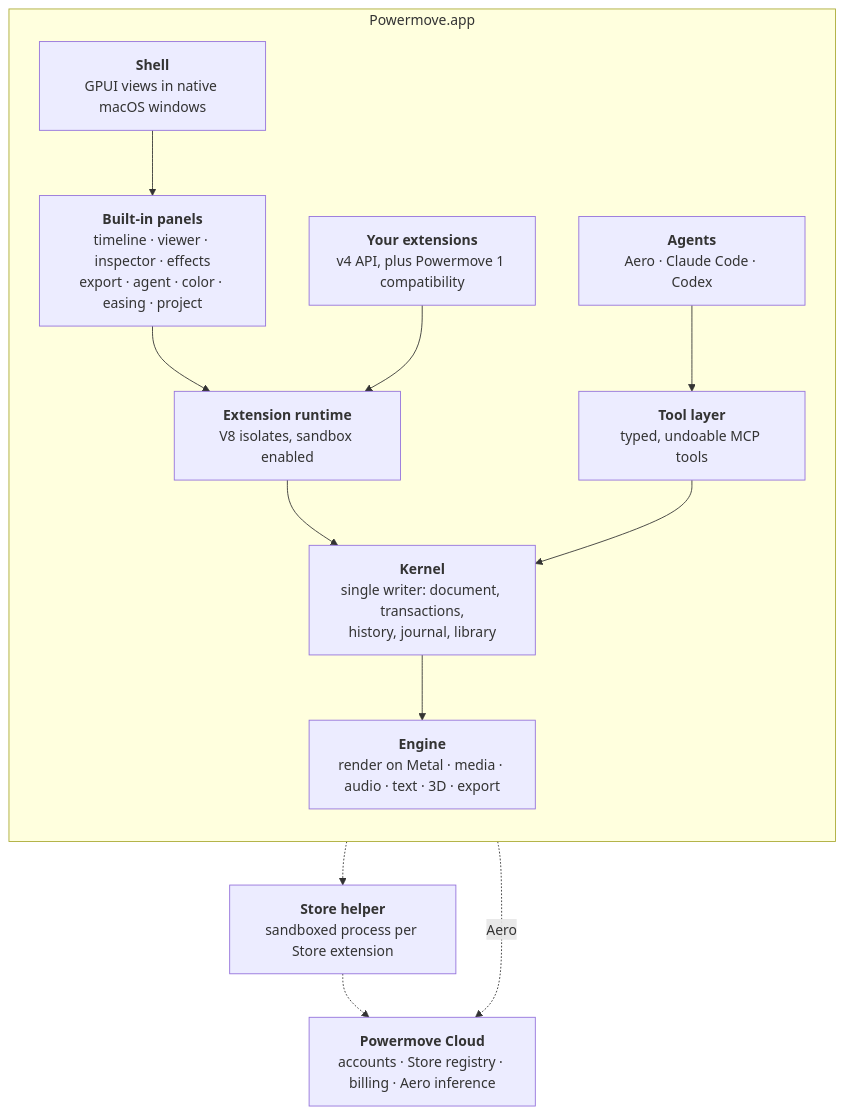
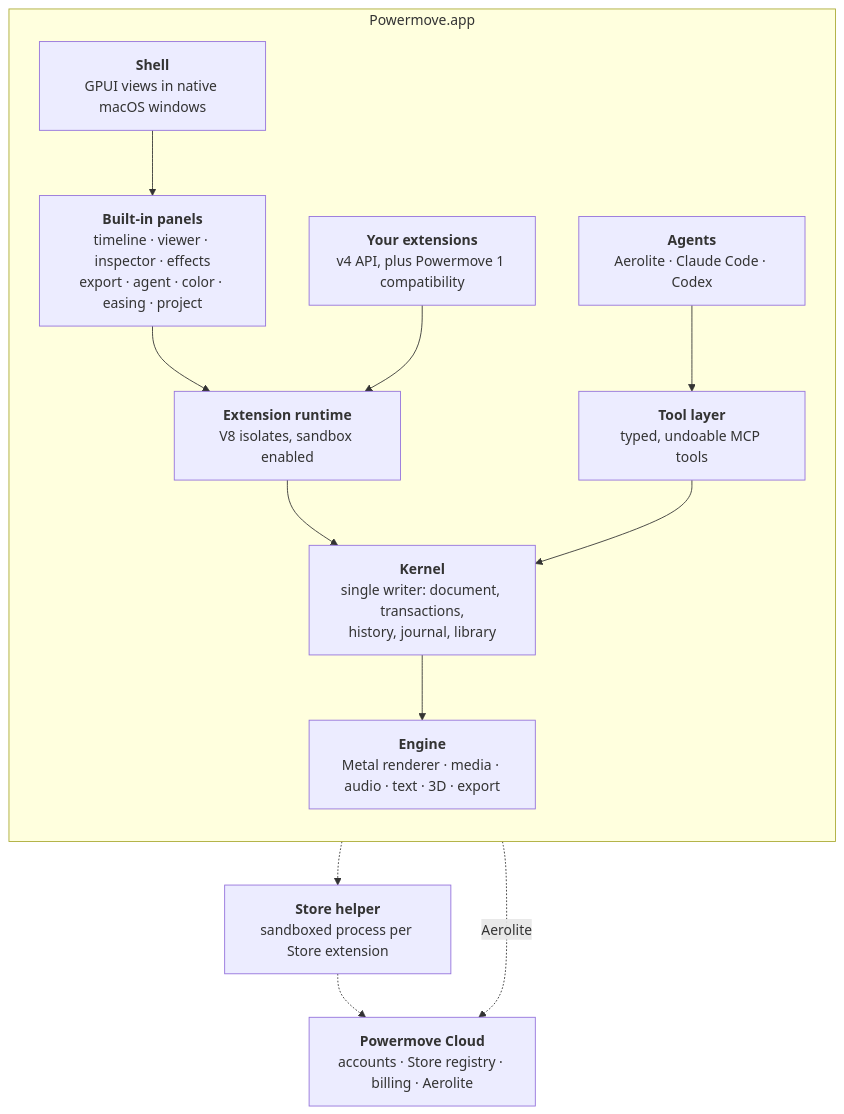
Before and after one commit to iterative-computer/powermove: the diagram in README.md, drawn with Mermaid. The commit also changed other lines of this file and 2 other files, not shown here.

Commit message:
Update README with new Powermove wordmark, Aerolite plans, and refreshed prose

````diff
--- a/README.md
+++ b/README.md
@@ -130,26 +116,26 @@
 ```mermaid
 flowchart TB
   subgraph app["Powermove.app"]
     direction TB
     shell["<b>Shell</b><br/>GPUI views in native macOS windows"]
     panels["<b>Built-in panels</b><br/>timeline · viewer · inspector · effects<br/>export · agent · color · easing · project"]
     mods["<b>Your extensions</b><br/>v4 API, plus Powermove 1 compatibility"]
     v8["<b>Extension runtime</b><br/>V8 isolates, sandbox enabled"]
-    agents["<b>Agents</b><br/>Aero · Claude Code · Codex"]
+    agents["<b>Agents</b><br/>Aerolite · Claude Code · Codex"]
     mcp["<b>Tool layer</b><br/>typed, undoable MCP tools"]
     kernel["<b>Kernel</b><br/>single writer: document, transactions,<br/>history, journal, library"]
-    engine["<b>Engine</b><br/>render on Metal · media · audio · text · 3D · export"]
+    engine["<b>Engine</b><br/>Metal renderer · media · audio · text · 3D · export"]
   end
   store["<b>Store helper</b><br/>sandboxed process per Store extension"]
-  cloud["<b>Powermove Cloud</b><br/>accounts · Store registry · billing · Aero inference"]
+  cloud["<b>Powermove Cloud</b><br/>accounts · Store registry · billing · Aerolite"]
 
   shell --> panels
   panels --> v8
   mods --> v8
   v8 --> kernel
   agents --> mcp --> kernel
   kernel --> engine
   mods -.-> store
   store -.-> cloud
-  agents -.->|Aero| cloud
+  agents -.->|Aerolite| cloud
 ```
````
